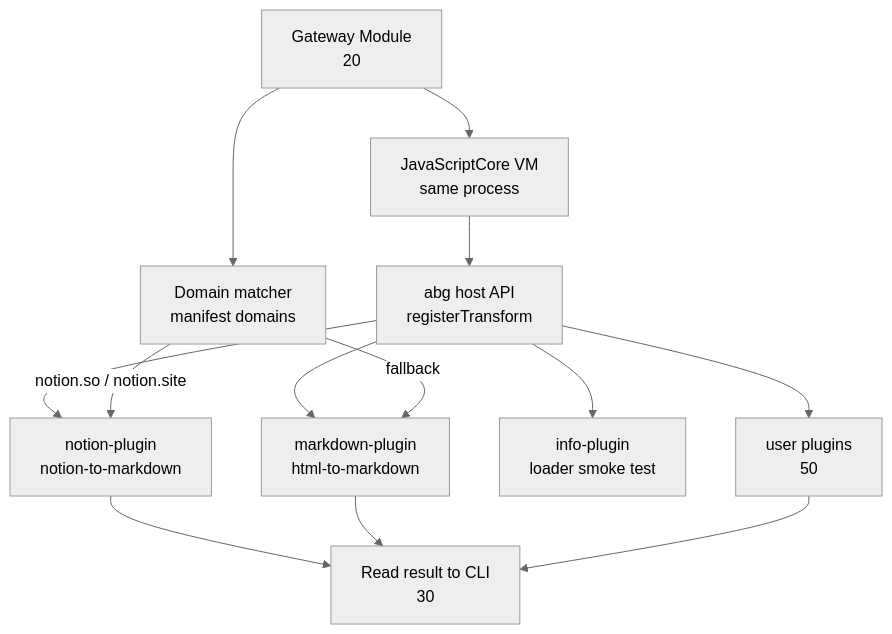
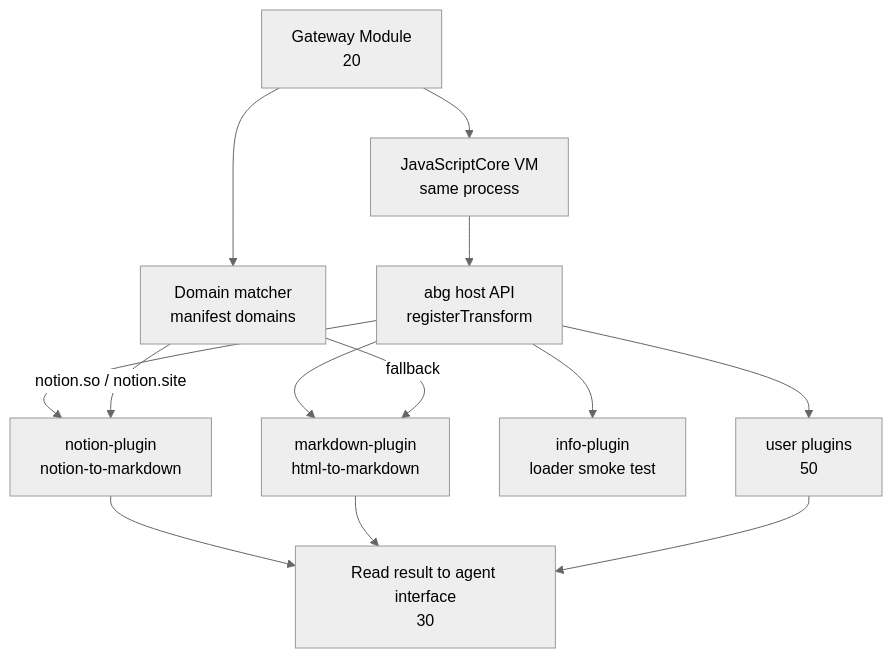
The diagram in legal/patent/figures/fig-6-plugin-architecture.mmd (arcmanagement/agent-browser-gateway), drawn with Mermaid (neutral theme) before and after one commit. The commit also changed 16 other files, not shown here.

```diff
--- a/legal/patent/figures/fig-6-plugin-architecture.mmd
+++ b/legal/patent/figures/fig-6-plugin-architecture.mmd
@@ -1,23 +1,23 @@
 flowchart TD
   G["Gateway Module\n20"]
   VM["JavaScriptCore VM\nsame process"]
   API["abg host API\nregisterTransform"]
   M["markdown-plugin\nhtml-to-markdown"]
   N["notion-plugin\nnotion-to-markdown"]
   I["info-plugin\nloader smoke test"]
   U["user plugins\n50"]
   D["Domain matcher\nmanifest domains"]
-  R["Read result to CLI\n30"]
+  R["Read result to agent interface\n30"]
 
   G --> VM
   VM --> API
   API --> M
   API --> N
   API --> I
   API --> U
   G --> D
   D --> |"notion.so / notion.site"| N
   D --> |"fallback"| M
   N --> R
   M --> R
   U --> R
```
